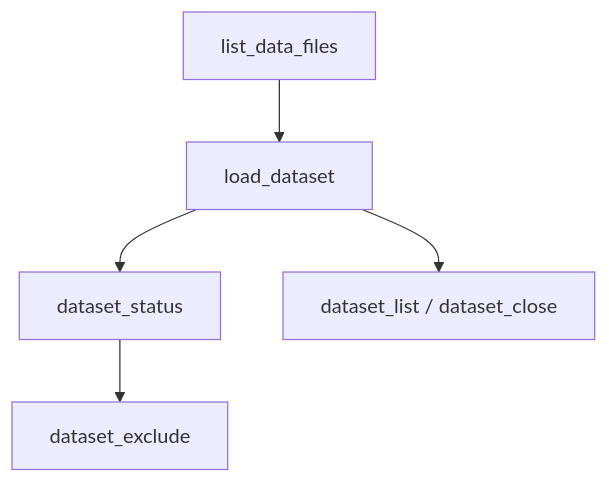
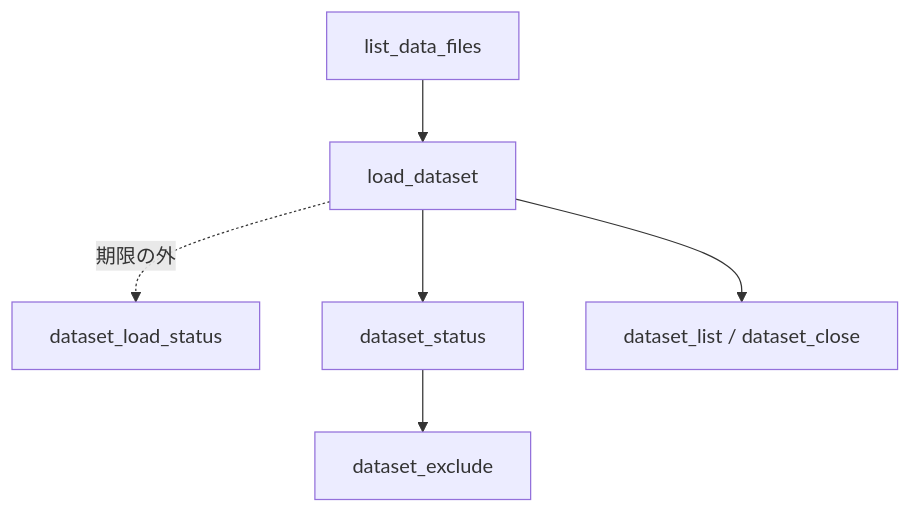
The diagram in docs/workflow/dataset.md (systemsomicslab/Metabolomix_with_LLM), drawn with Mermaid before and after one commit. The commit also changed other lines of this file and 15 other files, not shown here.

First line of the commit message:
feat(load_dataset): 期限の中で終わらなければ受付番号を返し、dataset_load_status で待つ

````diff
--- a/docs/workflow/dataset.md
+++ b/docs/workflow/dataset.md
@@ -10,7 +11,8 @@
 ```mermaid
 flowchart TD
     LDF[list_data_files] --> LD[load_dataset]
+    LD -.->|期限の外| LDS[dataset_load_status]
     LD --> ST[dataset_status]
     ST --> EX[dataset_exclude]
     LD --> LS[dataset_list / dataset_close]
 ```
````
